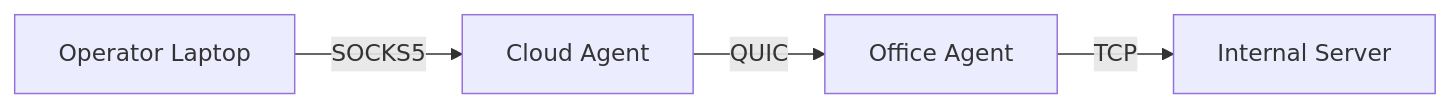
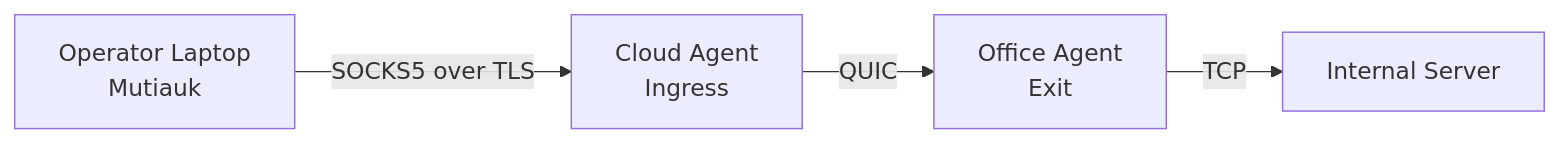
Before and after one commit to Muti-Metroo/Muti-Metroo: the second of 3 diagrams in user-manual/src/01-introduction.md, drawn with Mermaid. The commit also changed other lines of this file and 36 other files, not shown here.

First line of the commit message:
docs: present Mutiauk as the operator entry point of the suite

````diff
--- a/user-manual/src/01-introduction.md
+++ b/user-manual/src/01-introduction.md
@@ -43,6 +74,6 @@
 ```mermaid
 flowchart LR
-    Laptop[Operator Laptop] -->|SOCKS5| Cloud[Cloud Agent]
-    Cloud -->|QUIC| Office[Office Agent]
+    Laptop[Operator Laptop<br/>Mutiauk] -->|SOCKS5 over TLS| Cloud[Cloud Agent<br/>Ingress]
+    Cloud -->|QUIC| Office[Office Agent<br/>Exit]
     Office -->|TCP| Internal[Internal Server]
 ```
````
